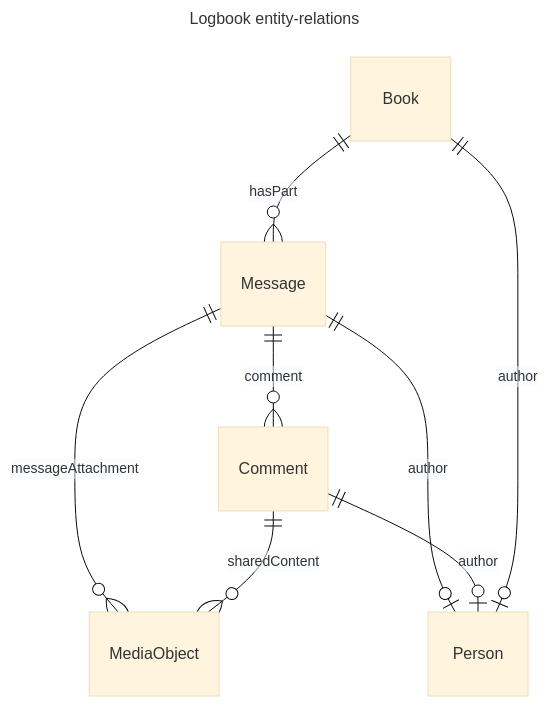
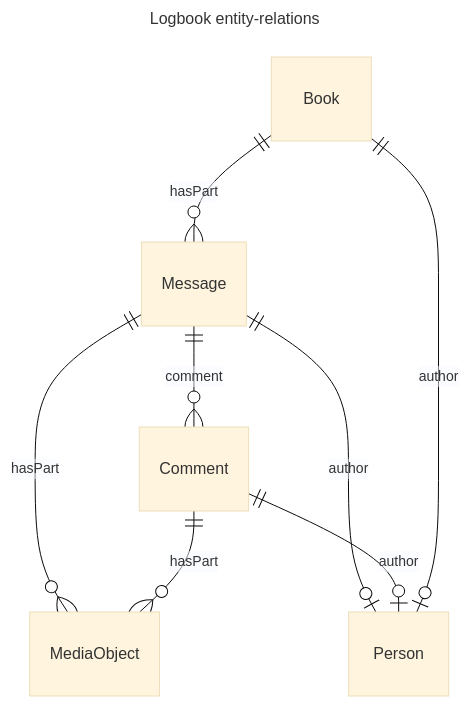
One commit to paulscherrerinstitute/scilog changed the diagram in docs/ELN_Export.md. Above: the diagram before and after it, drawn with Mermaid (base theme). The commit also changed other lines of this file and 4 other files, not shown here.

````diff
--- a/docs/ELN_Export.md
+++ b/docs/ELN_Export.md
@@ -31,13 +30,13 @@
 ```mermaid
 ---
 title: Logbook entity-relations
 ---
 erDiagram
     Book ||--o{ Message : hasPart
     Message ||--o{ Comment : comment
-    Message ||--o{ MediaObject : messageAttachment
-    Comment ||--o{ MediaObject : sharedContent
+    Message ||--o{ MediaObject : hasPart
+    Comment ||--o{ MediaObject : hasPart
     Message ||--o| Person : author
     Comment ||--o| Person : author
     Book ||--o| Person : author
 ```
````
